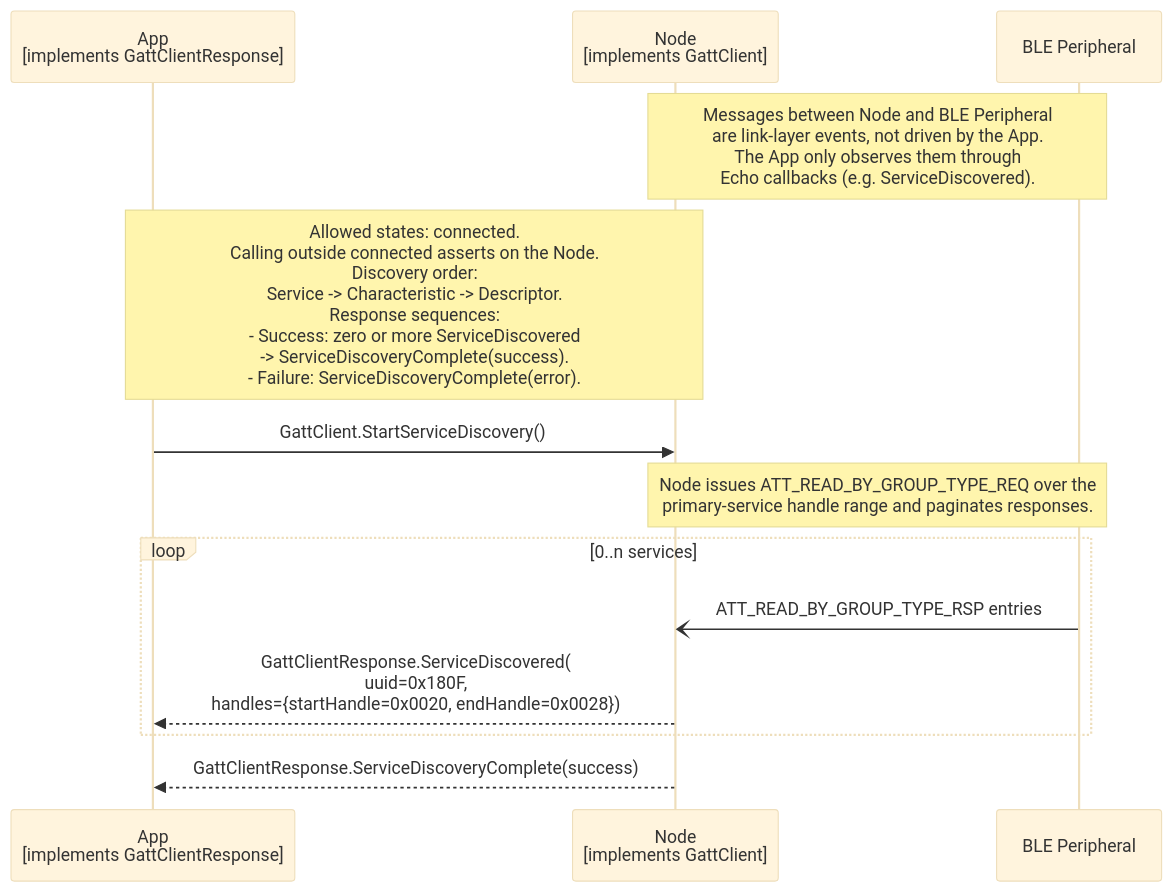
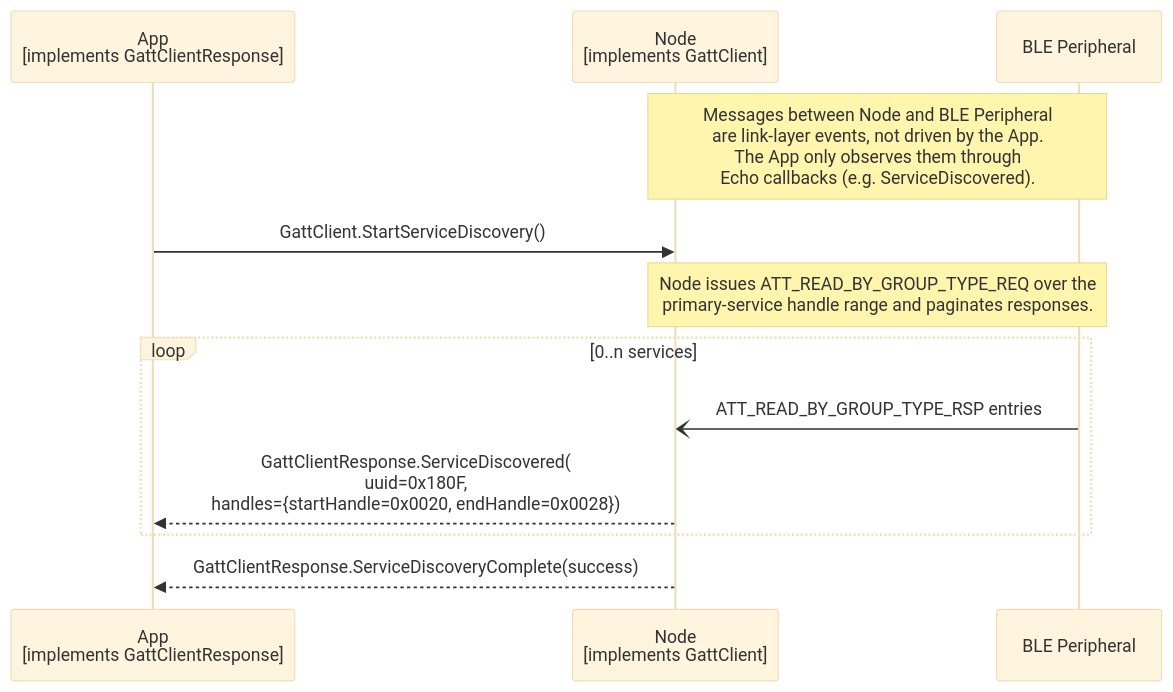
Before and after one commit to philips-software/amp-embedded-infra-lib: the diagram in documents/modules/ROOT/partials/echoservices/gatt_client/GattClient_StartServiceDiscovery_sequence.mmd, drawn with Mermaid (base theme). The commit also changed 16 other files, not shown here.

```diff
--- a/documents/modules/ROOT/partials/echoservices/gatt_client/GattClient_StartServiceDiscovery_sequence.mmd
+++ b/documents/modules/ROOT/partials/echoservices/gatt_client/GattClient_StartServiceDiscovery_sequence.mmd
@@ -1,15 +1,14 @@
 sequenceDiagram
     participant App as App<br>[implements GattClientResponse]
     participant Node as Node<br>[implements GattClient]
     participant Peripheral as BLE Peripheral
 
     Note over Node, Peripheral: Messages between Node and BLE Peripheral<br>are link-layer events, not driven by the App.<br>The App only observes them through<br>Echo callbacks (e.g. ServiceDiscovered).
-    Note over App, Node: Allowed states: connected.<br>Calling outside connected asserts on the Node.<br>Discovery order:<br>Service -> Characteristic -> Descriptor.<br>Response sequences:<br>- Success: zero or more ServiceDiscovered<br>  -> ServiceDiscoveryComplete(success).<br>- Failure: ServiceDiscoveryComplete(error).
 
     App->>Node: GattClient.StartServiceDiscovery()
     Note over Node, Peripheral: Node issues ATT_READ_BY_GROUP_TYPE_REQ over the<br>primary-service handle range and paginates responses.
     loop 0..n services
         Peripheral-)Node: ATT_READ_BY_GROUP_TYPE_RSP entries
         Node-->>App: GattClientResponse.ServiceDiscovered(<br>uuid=0x180F,<br>handles={startHandle=0x0020, endHandle=0x0028})
     end
     Node-->>App: GattClientResponse.ServiceDiscoveryComplete(success)
```
